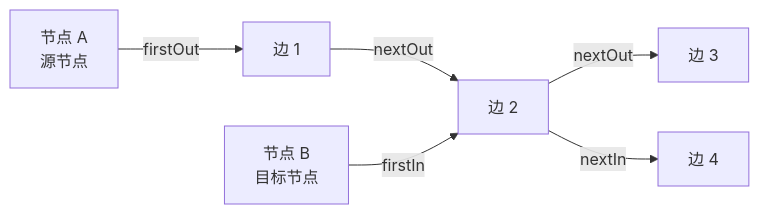
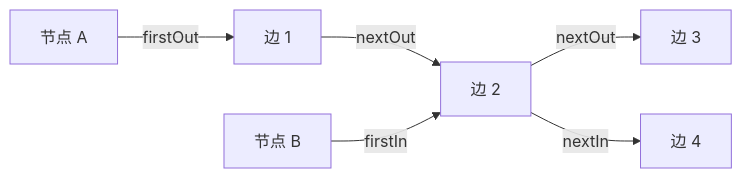
One commit to nexepic/zyx changed the second of 5 diagrams in docs/zh/algorithms/relationship-traversal.md. Above: the diagram before and after it, drawn with Mermaid. The commit also changed other lines of this file and 21 other files, not shown here.

First line of the commit message:
fix: resolve Mermaid diagram display issues in VitePress

````diff
--- a/docs/zh/algorithms/relationship-traversal.md
+++ b/docs/zh/algorithms/relationship-traversal.md
@@ -38,9 +38,9 @@
 ```mermaid
 graph LR
-    A[节点 A<br/>源节点] -->|firstOut| B[边 1]
+    A[节点 A] -->|firstOut| B[边 1]
     B -->|nextOut| C[边 2]
     C -->|nextOut| D[边 3]
 
-    E[节点 B<br/>目标节点] -->|firstIn| C
+    E[节点 B] -->|firstIn| C
     C -->|nextIn| F[边 4]
 ```
````
